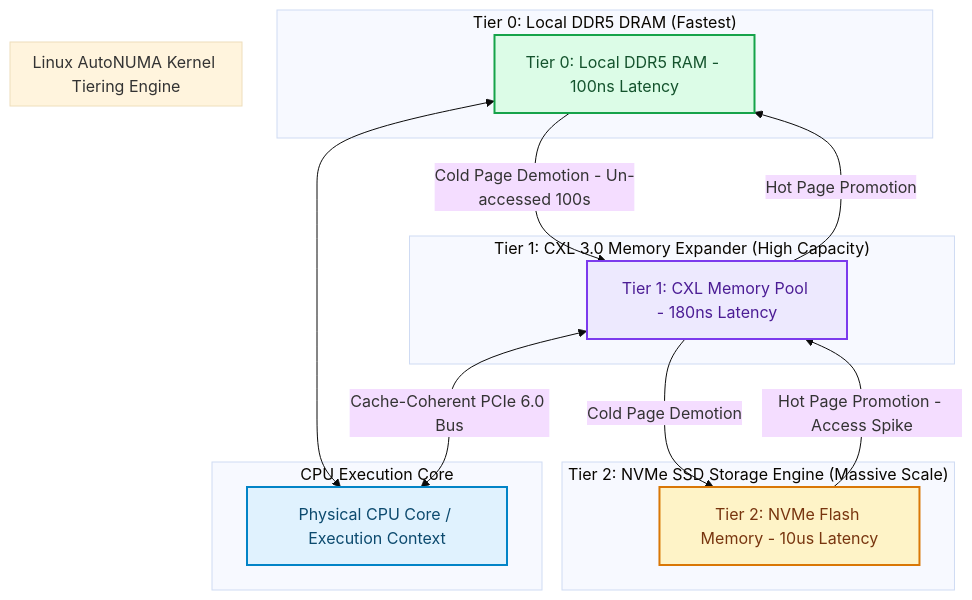
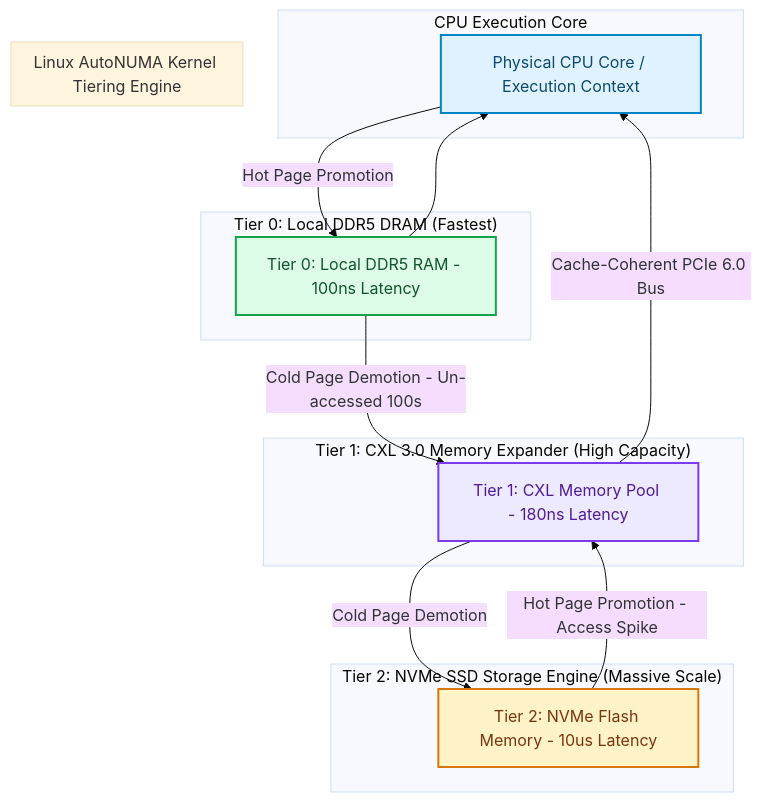
Before and after one commit to akmalkhaniub/akmalkhaniub.github.io: the diagram in blog/posts/heterogeneous-memory-tiering-cxl-nvme-dram-caching.md, drawn with Mermaid (base theme). The commit also changed 894 other files, not shown here.

Commit message:
feat(blog): upgrade all 444 posts with unique staggered dates, 2-col Mermaid spines, benchmark tables, code blocks, and trade-offs

````diff
--- a/blog/posts/heterogeneous-memory-tiering-cxl-nvme-dram-caching.md
+++ b/blog/posts/heterogeneous-memory-tiering-cxl-nvme-dram-caching.md
@@ -21,35 +21,35 @@
 ```mermaid
 flowchart TD
   subgraph SG1_CpuExecutionCore ["CPU Execution Core"]
     CPUCore["Physical CPU Core / Execution Context"]
   end
   
   subgraph SG2_Tier0Local ["Tier 0: Local DDR5 DRAM (Fastest)"]
-    DRAM["Tier 0: Local DDR5 RAM - 100ns Latency"] <--> CPUCore
+    DRAM["Tier 0: Local DDR5 RAM - 100ns Latency"] --> CPUCore
   end
   
   subgraph SG3_Tier1Cxl ["Tier 1: CXL 3.0 Memory Expander (High Capacity)"]
-    CXL["Tier 1: CXL Memory Pool - 180ns Latency"] <-->|Cache-Coherent PCIe 6.0 Bus| CPUCore
+    CXL["Tier 1: CXL Memory Pool - 180ns Latency"] -->|Cache-Coherent PCIe 6.0 Bus| CPUCore
   end
   
   subgraph SG4_Tier2Nvme ["Tier 2: NVMe SSD Storage Engine (Massive Scale)"]
     NVMe["Tier 2: NVMe Flash Memory - 10us Latency"]
   end
   
   subgraph SG5_LinuxAutonumaKernel ["Linux AutoNUMA Kernel Tiering Engine"]
     DRAM -->|Cold Page Demotion - Un-accessed 100s| CXL
     CXL -->|Cold Page Demotion| NVMe
     NVMe -->|Hot Page Promotion - Access Spike| CXL
-    CXL -->|Hot Page Promotion| DRAM
+    CPUCore --> |Hot Page Promotion| DRAM
   end
 
 classDef green fill:#dcfce7,stroke:#16a34a,stroke-width:2px,color:#14532d;
 classDef red fill:#fee2e2,stroke:#dc2626,stroke-width:2px,color:#7f1d1d;
 classDef blue fill:#e0f2fe,stroke:#0284c7,stroke-width:2px,color:#0c4a6e;
 classDef yellow fill:#fef3c7,stroke:#d97706,stroke-width:2px,color:#78350f;
 classDef purple fill:#ede9fe,stroke:#7c3aed,stroke-width:2px,color:#4c1d95;
 class CPUCore blue
 class DRAM green
 class CXL purple
 class NVMe yellow
 ```
````
